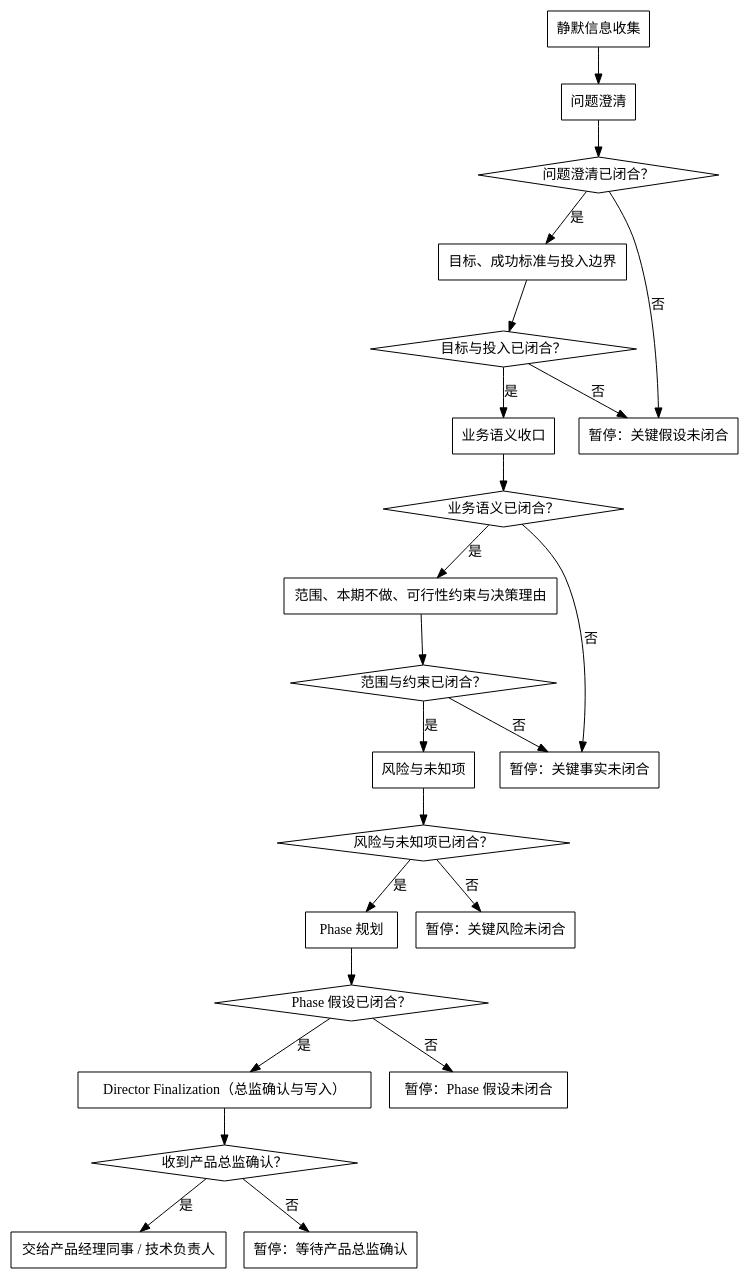
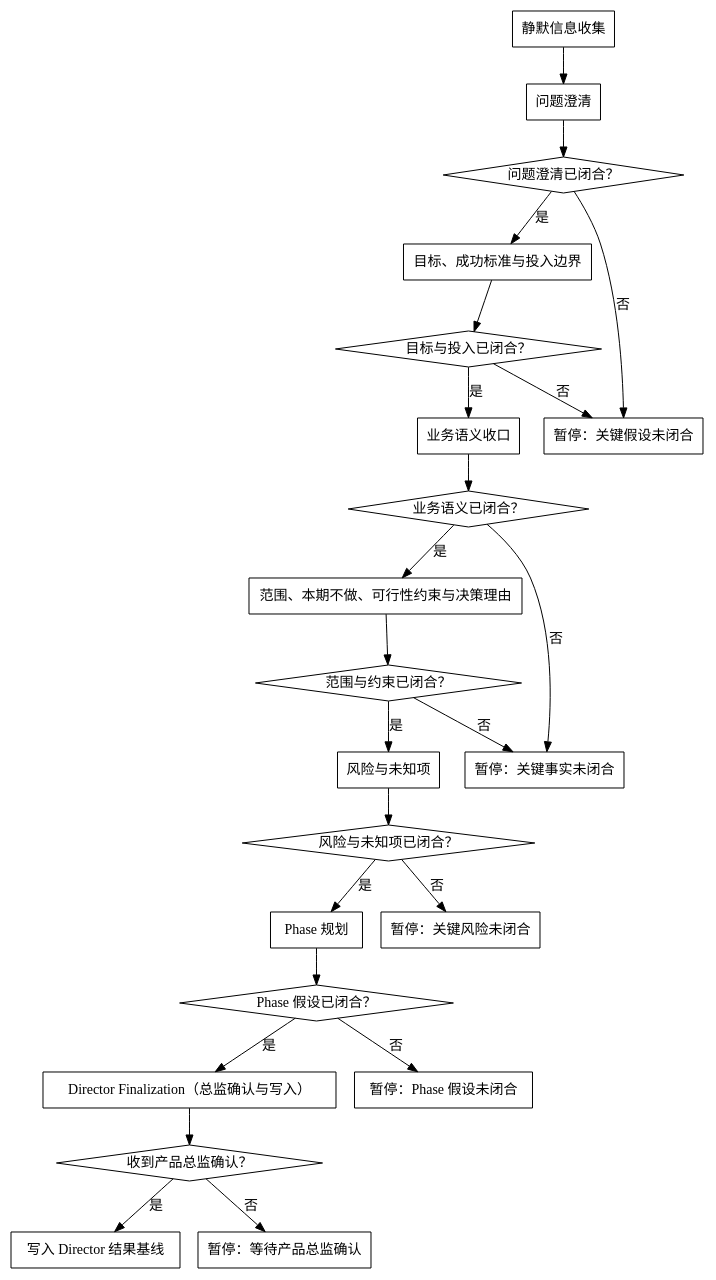
One commit to jieli-cqwl/org-claude-skills changed the diagram in shared/skills/product-director/SKILL.md. Above: the diagram before and after it, drawn with Graphviz. The commit also changed other lines of this file and 29 other files, not shown here.

````diff
--- a/shared/skills/product-director/SKILL.md
+++ b/shared/skills/product-director/SKILL.md
@@ -32,35 +32,35 @@
 ```dot
 digraph product_director_flow {
   rankdir=TB;
   node [shape=box];
   "问题澄清已闭合？" [shape=diamond];
   "目标与投入已闭合？" [shape=diamond];
   "业务语义已闭合？" [shape=diamond];
   "范围与约束已闭合？" [shape=diamond];
   "风险与未知项已闭合？" [shape=diamond];
   "Phase 假设已闭合？" [shape=diamond];
   "收到产品总监确认？" [shape=diamond];
   "静默信息收集" -> "问题澄清";
   "问题澄清" -> "问题澄清已闭合？";
   "问题澄清已闭合？" -> "目标、成功标准与投入边界" [label="是"];
   "问题澄清已闭合？" -> "暂停：关键假设未闭合" [label="否"];
   "目标、成功标准与投入边界" -> "目标与投入已闭合？";
   "目标与投入已闭合？" -> "业务语义收口" [label="是"];
   "目标与投入已闭合？" -> "暂停：关键假设未闭合" [label="否"];
   "业务语义收口" -> "业务语义已闭合？";
   "业务语义已闭合？" -> "范围、本期不做、可行性约束与决策理由" [label="是"];
   "业务语义已闭合？" -> "暂停：关键事实未闭合" [label="否"];
   "范围、本期不做、可行性约束与决策理由" -> "范围与约束已闭合？";
   "范围与约束已闭合？" -> "风险与未知项" [label="是"];
   "范围与约束已闭合？" -> "暂停：关键事实未闭合" [label="否"];
   "风险与未知项" -> "风险与未知项已闭合？";
   "风险与未知项已闭合？" -> "Phase 规划" [label="是"];
   "风险与未知项已闭合？" -> "暂停：关键风险未闭合" [label="否"];
   "Phase 规划" -> "Phase 假设已闭合？";
   "Phase 假设已闭合？" -> "Director Finalization（总监确认与写入）" [label="是"];
   "Phase 假设已闭合？" -> "暂停：Phase 假设未闭合" [label="否"];
   "Director Finalization（总监确认与写入）" -> "收到产品总监确认？";
-  "收到产品总监确认？" -> "交给产品经理同事 / 技术负责人" [label="是"];
+  "收到产品总监确认？" -> "写入 Director 结果基线" [label="是"];
   "收到产品总监确认？" -> "暂停：等待产品总监确认" [label="否"];
 }
 ```
````
